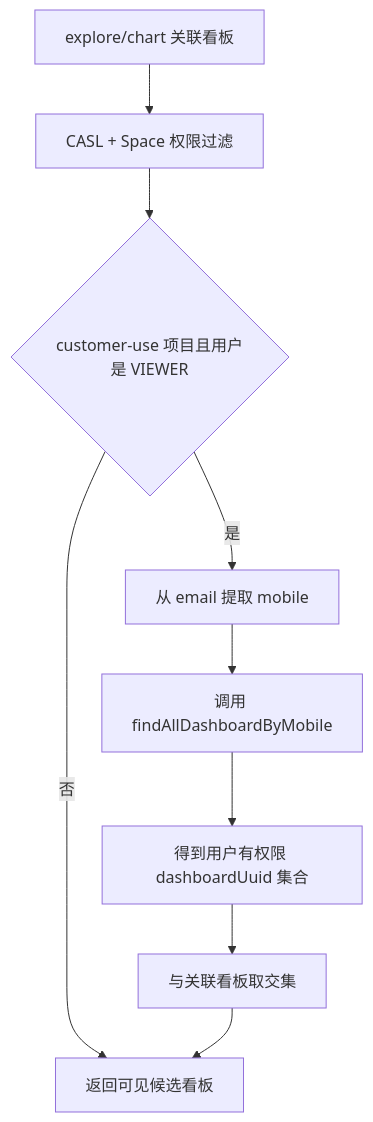
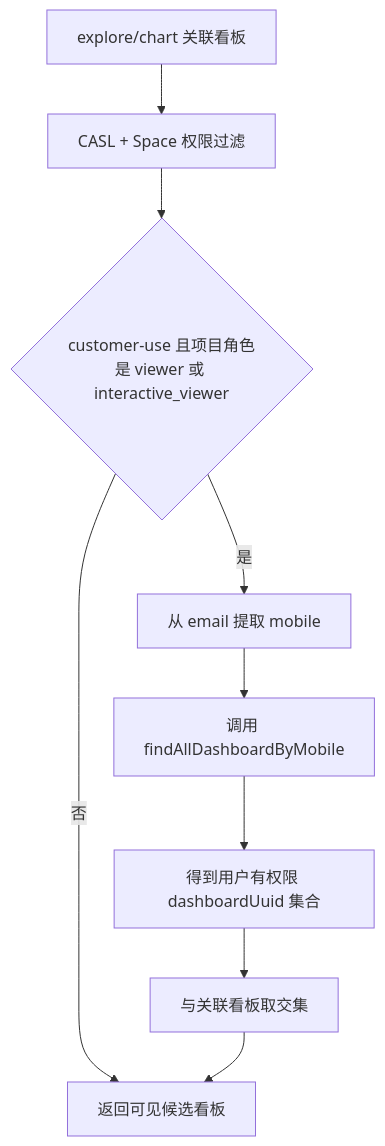
Before and after one commit to winwin-inc/lightdash-i18n: the second of 2 diagrams in docs/mcp-dashboard-context.md, drawn with Mermaid. The commit also changed other lines of this file and 22 other files, not shown here.

````diff
--- a/docs/mcp-dashboard-context.md
+++ b/docs/mcp-dashboard-context.md
@@ -66,11 +68,11 @@
 ```mermaid
 flowchart TD
   contexts["explore/chart 关联看板"] --> casl["CASL + Space 权限过滤"]
-  casl --> customerUse{"customer-use 项目且用户是 VIEWER"}
+  casl --> customerUse{"customer-use 且项目角色是 viewer 或 interactive_viewer"}
   customerUse -->|"否"| visible["返回可见候选看板"]
   customerUse -->|"是"| extractMobile["从 email 提取 mobile"]
   extractMobile --> rpc["调用 findAllDashboardByMobile"]
   rpc --> allowed["得到用户有权限 dashboardUuid 集合"]
   allowed --> intersect["与关联看板取交集"]
   intersect --> visible
 ```
````
